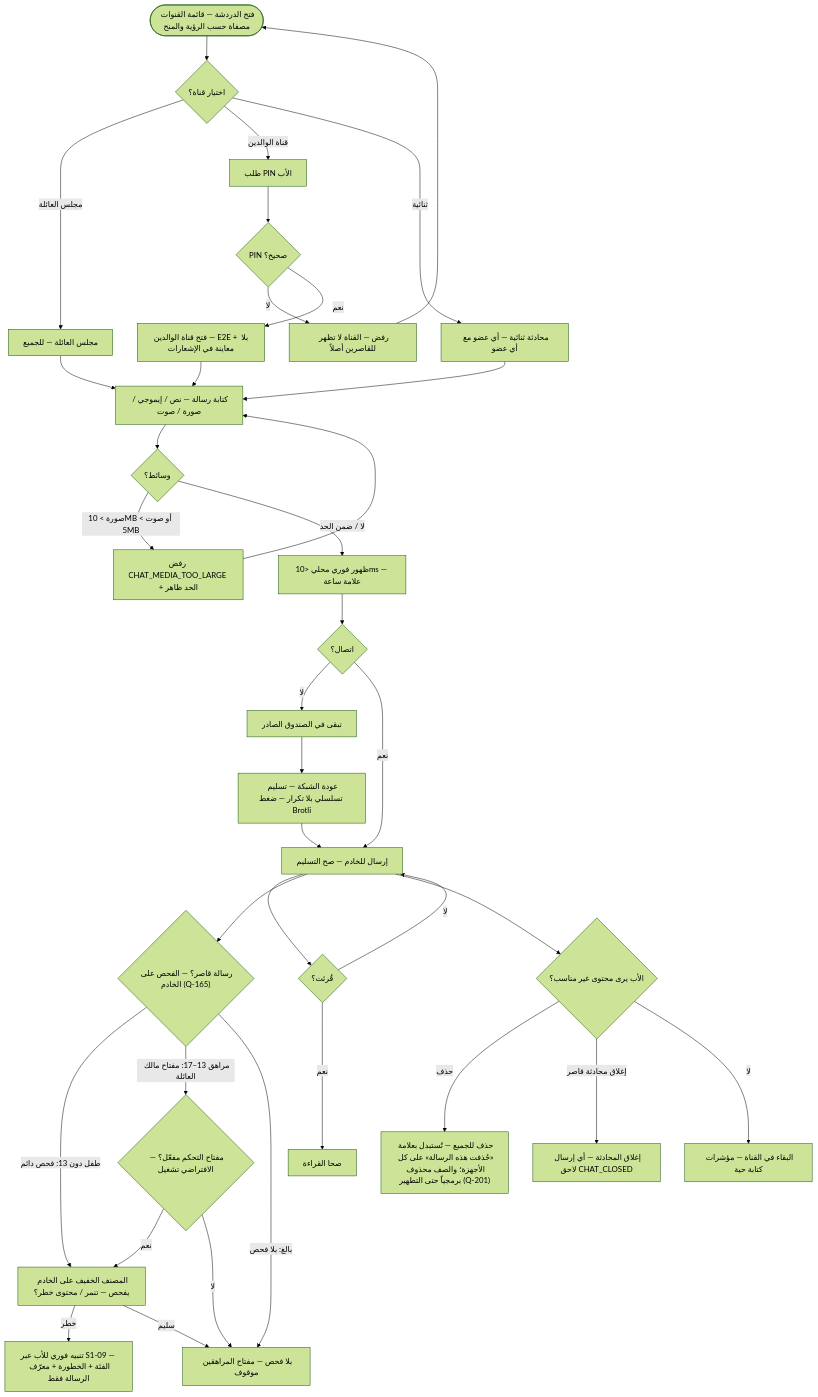
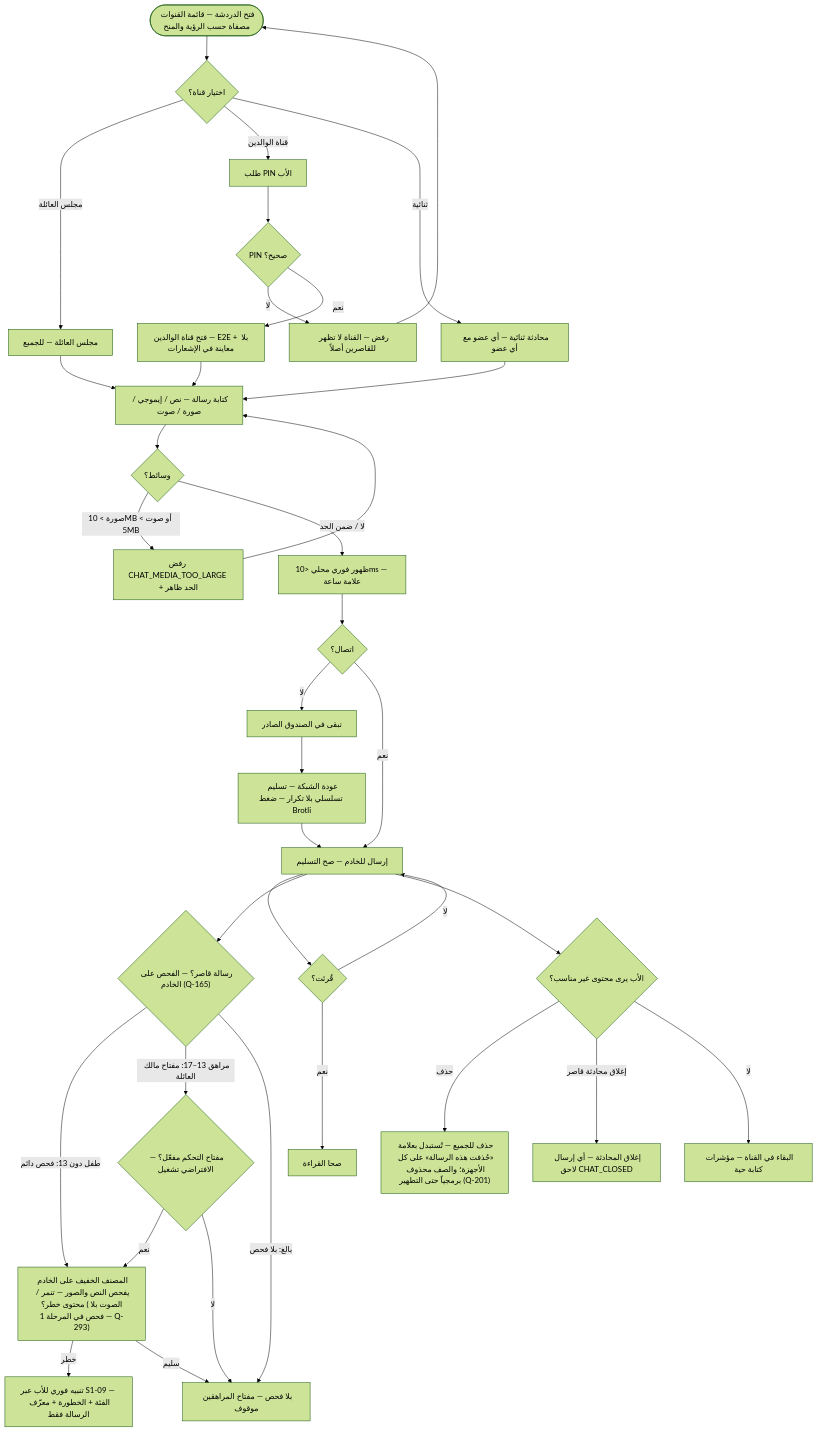
Before and after one commit to Bassam-mohammed-alqaeadi/family-os-v2: the ninth of 11 diagrams in docs/family-os/governance/phases/phase-1/S1-08-chat-basic/DIAGRAMS.md, drawn with Mermaid (forest theme). The commit also changed other lines of this file and 2 other files, not shown here.

Commit message:
R2-S108-26 (Q-293): وسيلة المصنف — نص + صور في المرحلة 1؛ وتحويل الصوت لنص مؤجل للمرحلة 2

````diff
--- a/docs/family-os/governance/phases/phase-1/S1-08-chat-basic/DIAGRAMS.md
+++ b/docs/family-os/governance/phases/phase-1/S1-08-chat-basic/DIAGRAMS.md
@@ -377,38 +377,38 @@
 ```mermaid
 flowchart TD
     Start([فتح الدردشة — قائمة القنوات مصفاة حسب الرؤية والمنح]) --> Pick{اختيار قناة؟}
     Pick -->|مجلس العائلة| Lounge[مجلس العائلة — للجميع]
     Pick -->|قناة الوالدين| Pin[طلب PIN الأب]
     Pick -->|ثنائية| Direct[محادثة ثنائية — أي عضو مع أي عضو]
     Pin --> PinOK{PIN صحيح؟}
     PinOK -->|لا| Deny[رفض — القناة لا تظهر للقاصرين أصلاً]
     PinOK -->|نعم| E2E[فتح قناة الوالدين — E2E + بلا معاينة في الإشعارات]
     Lounge --> Write[كتابة رسالة — نص / إيموجي / صورة / صوت]
     Direct --> Write
     E2E --> Write
     Write --> Media{وسائط؟}
     Media -->|صورة > 10MB أو صوت > 5MB| TooBig[رفض CHAT_MEDIA_TOO_LARGE + الحد ظاهر]
     Media -->|لا / ضمن الحد| Show[ظهور فوري محلي <10ms — علامة ساعة]
     Show --> Conn{اتصال؟}
     Conn -->|لا| Outbox[تبقى في الصندوق الصادر]
     Outbox --> Back[عودة الشبكة — تسليم تسلسلي بلا تكرار — ضغط Brotli]
     Back --> Sent
     Conn -->|نعم| Sent[إرسال للخادم — صح التسليم]
     Sent --> Read{قُرئت؟}
     Read -->|نعم| ReadOK[صحا القراءة]
     Read -->|لا| Sent
     Sent --> Classify{"رسالة قاصر؟ — الفحص على الخادم (Q-165)"}
-    Classify -->|طفل دون 13: فحص دائم| Check[المصنف الخفيف على الخادم يفحص — تنمر / محتوى خطر؟]
+    Classify -->|طفل دون 13: فحص دائم| Check["المصنف الخفيف على الخادم يفحص النص والصور — تنمر / محتوى خطر؟ (الصوت بلا فحص في المرحلة 1 — Q-293)"]
     Classify -->|مراهق 13–17: مفتاح مالك العائلة| KeyOn{مفتاح التحكم مفعّل؟ — الافتراضي تشغيل}
     KeyOn -->|نعم| Check
     KeyOn -->|لا| NoCheck[بلا فحص — مفتاح المراهقين موقوف]
     Classify -->|بالغ: بلا فحص| NoCheck
     Check -->|خطر| Alert[تنبيه فوري للأب عبر S1-09 — الفئة + الخطورة + معرّف الرسالة فقط]
     Check -->|سليم| NoCheck
     Sent --> FatherAct{الأب يرى محتوى غير مناسب؟}
     FatherAct -->|حذف| Del["حذف للجميع — تُستبدل بعلامة «حُذفت هذه الرسالة» على كل الأجهزة؛ والصف محذوف برمجياً حتى التطهير (Q-201)"]
     FatherAct -->|إغلاق محادثة قاصر| Close[إغلاق المحادثة — أي إرسال لاحق CHAT_CLOSED]
     FatherAct -->|لا| Stay[البقاء في القناة — مؤشرات كتابة حية]
     TooBig --> Write
     Deny --> Start
 ```
````
